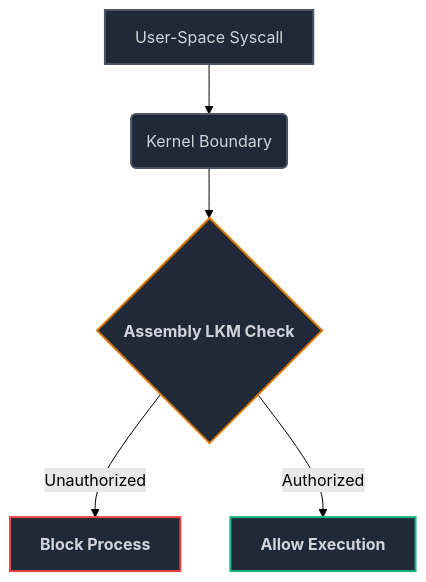
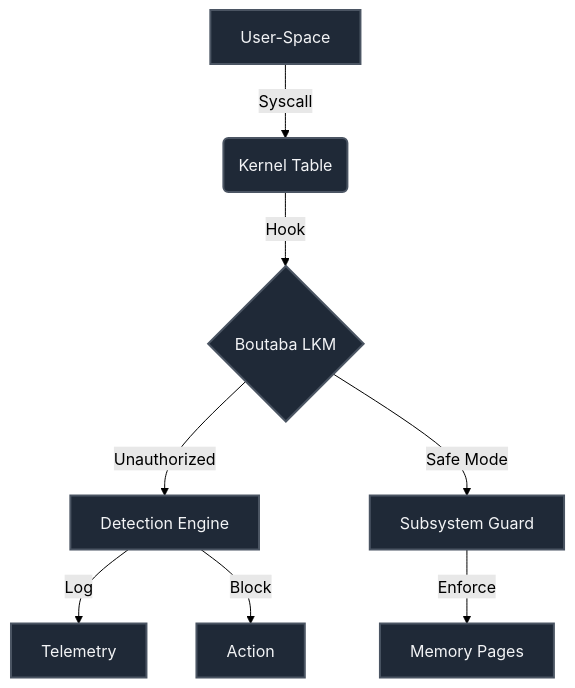
One commit to boutaba-motezeballah/linux-kernel-hardening changed the diagram in README.md. Above: the diagram before and after it, drawn with Mermaid (forest theme).

````diff
--- a/README.md
+++ b/README.md
@@ -9,18 +9,12 @@
 ```mermaid
 graph TD
-    classDef default fill:#111827,stroke:#374151,stroke-width:2px,color:#9ca3af;
-    classDef target fill:#1f2937,stroke:#4b5563,stroke-width:2px,color:#d1d5db;
-    classDef logic fill:#1f2937,stroke:#d97706,stroke-width:2px,color:#d1d5db,font-weight:bold;
-    classDef action fill:#1f2937,stroke:#ef4444,stroke-width:2px,color:#d1d5db,font-weight:bold;
-    classDef secure fill:#1f2937,stroke:#10b981,stroke-width:2px,color:#d1d5db,font-weight:bold;
-
-    A[User-Space Syscall] --> B(Kernel Boundary)
-    B --> C{Assembly LKM Check}
-    C -->|Unauthorized| D[Block Process]
-    C -->|Authorized| E[Allow Execution]
-
-    class A,B target;
-    class C logic;
-    class D action;
-    class E secure;
+    classDef default fill:#1f2937,stroke:#4b5563,stroke-width:2px,color:#f3f4f6;
+    
+    A[User-Space] -->|Syscall| B(Kernel Table)
+    B -->|Hook| C{Boutaba LKM}
+    C -->|Unauthorized| D[Detection Engine]
+    C -->|Safe Mode| E[Subsystem Guard]
+    D -->|Log| F[Telemetry]
+    D -->|Block| G[Action]
+    E -->|Enforce| H[Memory Pages]
 ```
````
